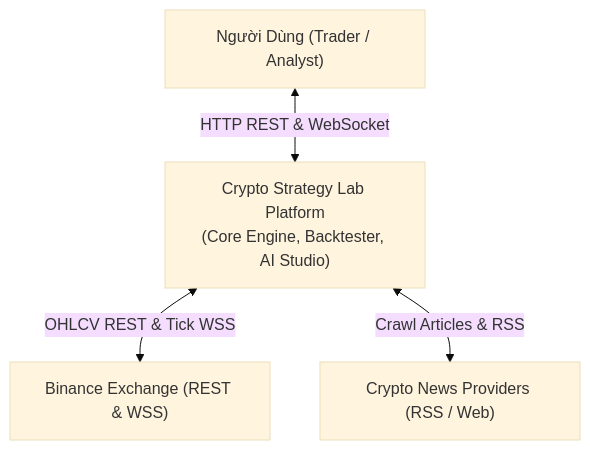
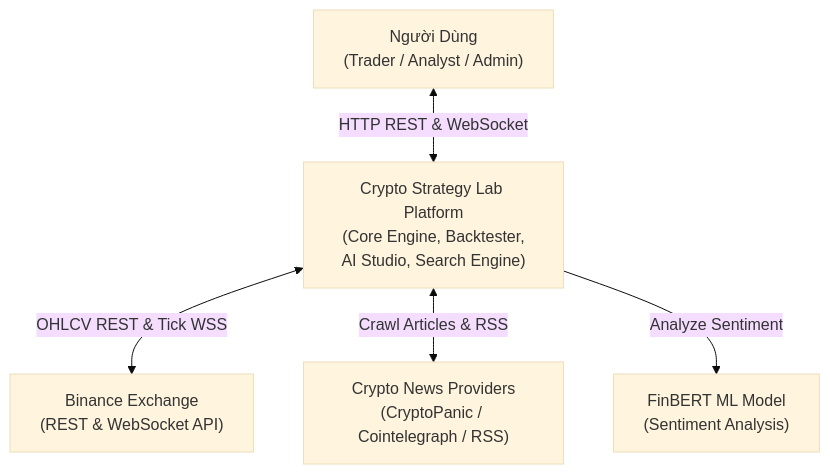
One commit to ngnam2012/KTPM-crypto-project changed the first of 6 diagrams in docs/architecture.md. Above: the diagram before and after it, drawn with Mermaid (base theme). The commit also changed other lines of this file and 1 other file, not shown here.

Commit message:
docs: refactor architecture documentation and add 10-question QA checklist

````diff
--- a/docs/architecture.md
+++ b/docs/architecture.md
@@ -17,12 +17,14 @@
 ```mermaid
 graph TD
-    User["Người Dùng (Trader / Analyst)"]
-    Binance["Binance Exchange (REST & WSS)"]
-    NewsSources["Crypto News Providers (RSS / Web)"]
+    User[" Người Dùng<br/>(Trader / Analyst / Admin)"]
+    Binance[" Binance Exchange<br/>(REST & WebSocket API)"]
+    NewsSources[" Crypto News Providers<br/>(CryptoPanic / Cointelegraph / RSS)"]
+    FinBERT[" FinBERT ML Model<br/>(Sentiment Analysis)"]
     
-    System["Crypto Strategy Lab Platform<br/>(Core Engine, Backtester, AI Studio)"]
+    System[" Crypto Strategy Lab Platform<br/>(Core Engine, Backtester,<br/>AI Studio, Search Engine)"]
     
-    User <-->|HTTP REST & WebSocket| System
-    System <-->|OHLCV REST & Tick WSS| Binance
-    System <-->|Crawl Articles & RSS| NewsSources
+    User <-->|"HTTP REST & WebSocket"| System
+    System <-->|"OHLCV REST & Tick WSS"| Binance
+    System <-->|"Crawl Articles & RSS"| NewsSources
+    System -->|"Analyze Sentiment"| FinBERT
 ```
````
